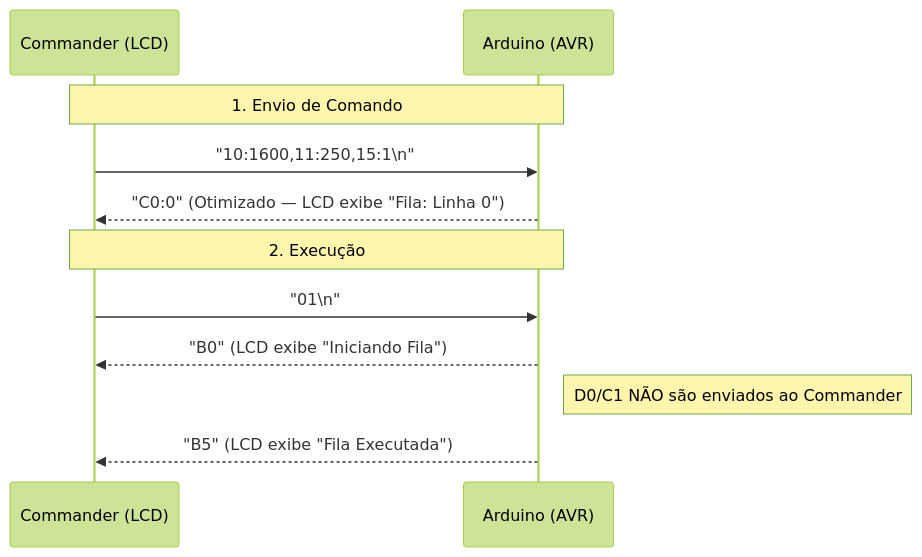
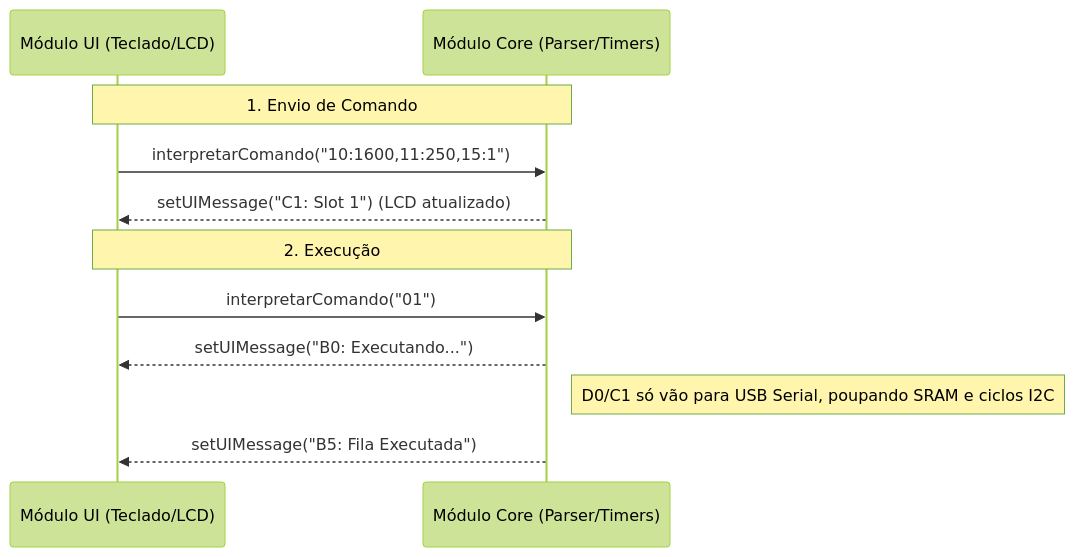
Before and after one commit to samuel-lope/stepper-proof: the second of 2 diagrams in docs/INTEGRATION.md, drawn with Mermaid (forest theme). The commit also changed other lines of this file and 5 other files, not shown here.

Commit message:
feat: monolithic architecture on ATmega2560, UI shortcuts refactor and doc update

````diff
--- a/docs/INTEGRATION.md
+++ b/docs/INTEGRATION.md
@@ -337,15 +337,15 @@
 ```mermaid
 sequenceDiagram
-    participant CMD as Commander (LCD)
-    participant HW as Arduino (AVR)
+    participant CMD as Módulo UI (Teclado/LCD)
+    participant HW as Módulo Core (Parser/Timers)
 
     Note over CMD,HW: 1. Envio de Comando
-    CMD->>HW: "10:1600,11:250,15:1\n"
-    HW-->>CMD: "C0:0" (Otimizado — LCD exibe "Fila: Linha 0")
+    CMD->>HW: interpretarComando("10:1600,11:250,15:1")
+    HW-->>CMD: setUIMessage("C1: Slot 1") (LCD atualizado)
 
     Note over CMD,HW: 2. Execução
-    CMD->>HW: "01\n"
-    HW-->>CMD: "B0" (LCD exibe "Iniciando Fila")
-    Note right of HW: D0/C1 NÃO são enviados ao Commander
-    HW-->>CMD: "B5" (LCD exibe "Fila Executada")
+    CMD->>HW: interpretarComando("01")
+    HW-->>CMD: setUIMessage("B0: Executando...")
+    Note right of HW: D0/C1 só vão para USB Serial, poupando SRAM e ciclos I2C
+    HW-->>CMD: setUIMessage("B5: Fila Executada")
 ```
````
